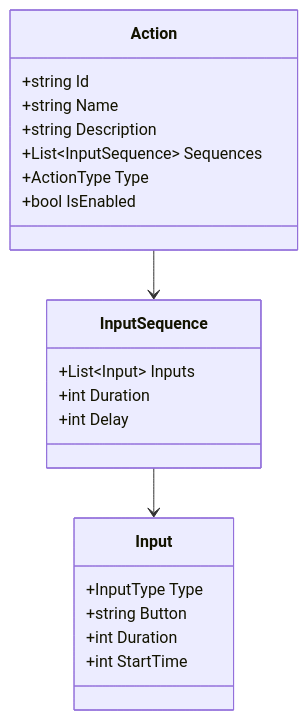
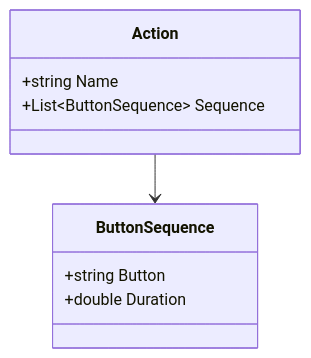
Before and after one commit to Yuma-Noguchi/MI_GUI_WinUI: the first of 2 diagrams in action_studio_implementation.md, drawn with Mermaid. The commit also changed other lines of this file and 3 other files, not shown here.

````diff
--- a/action_studio_implementation.md
+++ b/action_studio_implementation.md
@@ -36,24 +22,12 @@
 ```mermaid
 classDiagram
     class Action {
-        +string Id
         +string Name
-        +string Description
-        +List~InputSequence~ Sequences
-        +ActionType Type
-        +bool IsEnabled
+        +List~ButtonSequence~ Sequence
     }
-    class InputSequence {
-        +List~Input~ Inputs
-        +int Duration
-        +int Delay
+    class ButtonSequence {
+        +string Button
+        +double Duration
     }
-    class Input {
-        +InputType Type
-        +string Button
-        +int Duration
-        +int StartTime
-    }
-    Action --> InputSequence
-    InputSequence --> Input
+    Action --> ButtonSequence
 ```
````
